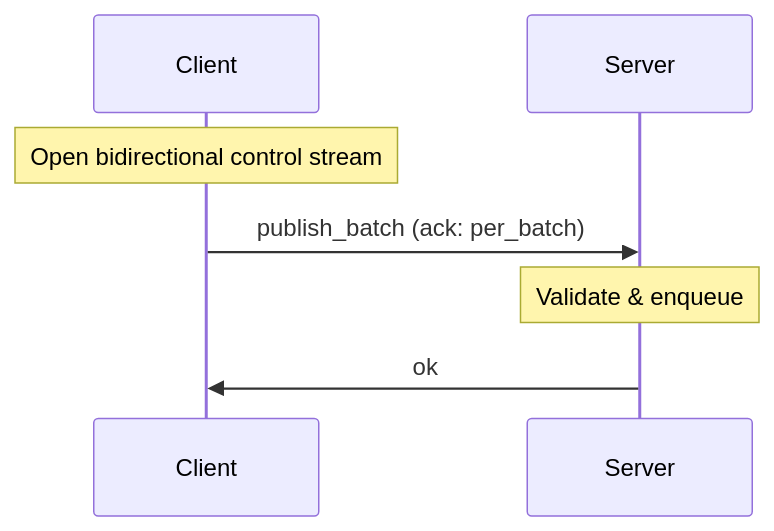
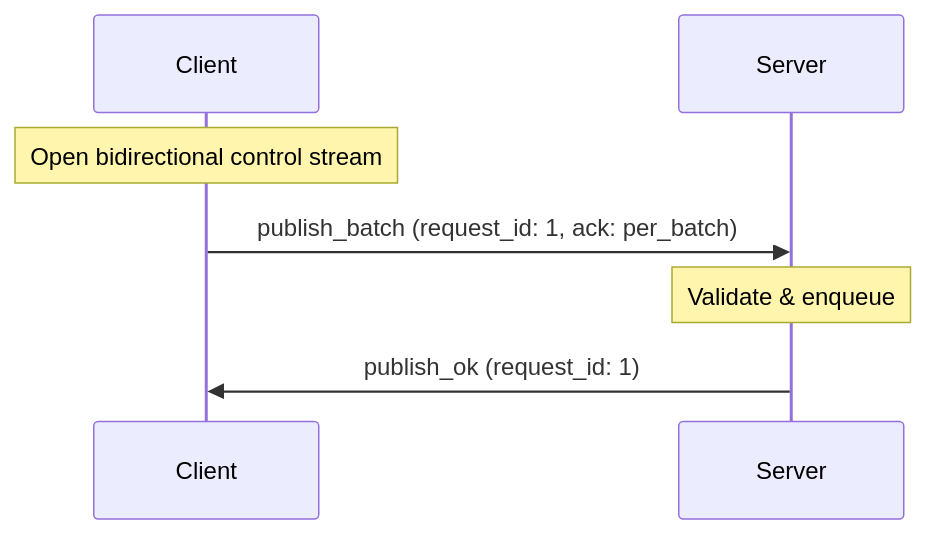
One commit to GetFelix/felix changed the second of 6 diagrams in docs-site/src/content/docs/architecture/wire-protocol.md. Above: the diagram before and after it, drawn with Mermaid. The commit also changed other lines of this file and 3 other files, not shown here.

````diff
--- a/docs-site/src/content/docs/architecture/wire-protocol.md
+++ b/docs-site/src/content/docs/architecture/wire-protocol.md
@@ -799,10 +883,10 @@
 ```mermaid
 sequenceDiagram
     participant C as Client
     participant S as Server
     
     Note over C: Open bidirectional control stream
-    C->>S: publish_batch (ack: per_batch)
+    C->>S: publish_batch (request_id: 1, ack: per_batch)
     Note over S: Validate & enqueue
-    S->>C: ok
+    S->>C: publish_ok (request_id: 1)
 ```
````
